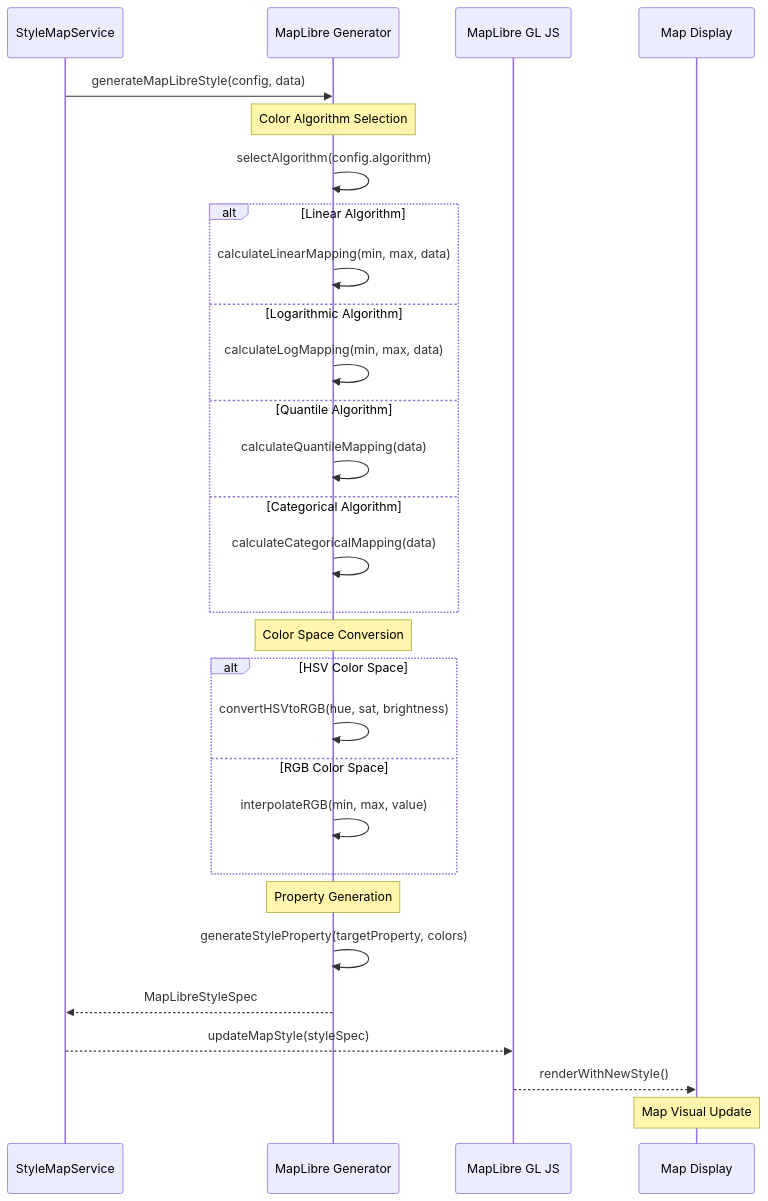
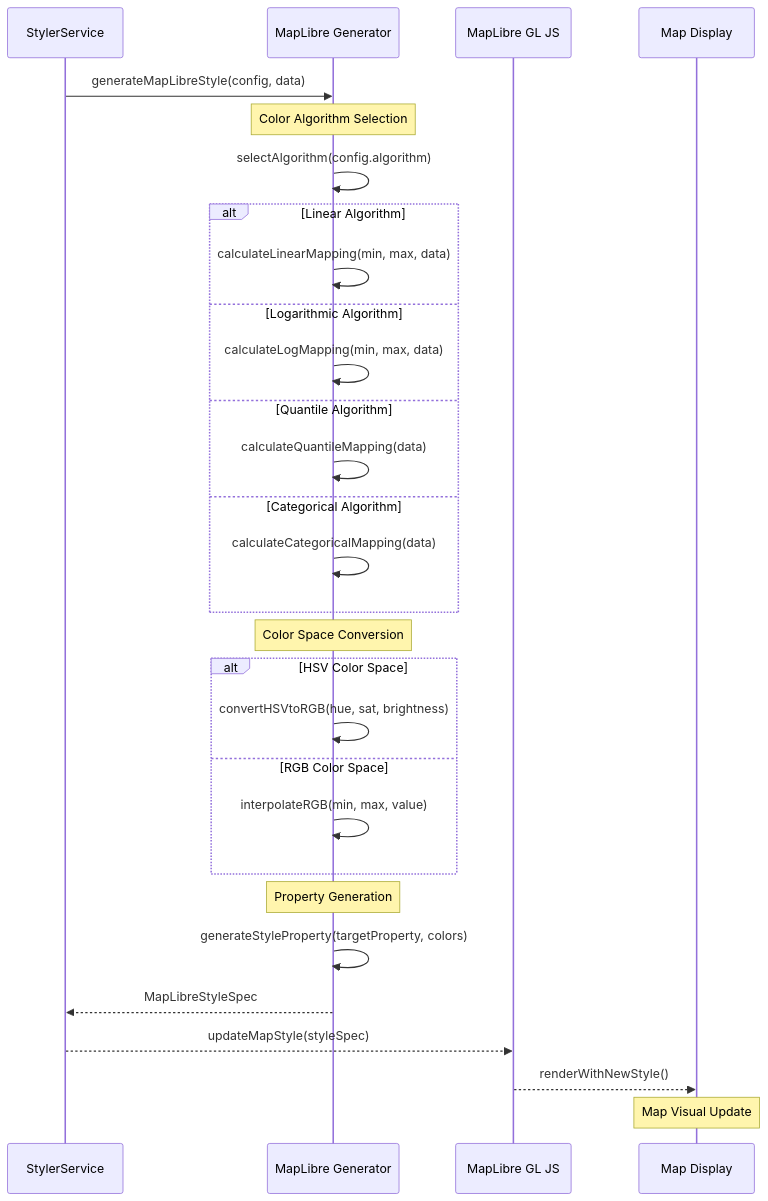
The eighth of 10 diagrams in docs/deprecated/REPORT/design/plugin-stylemap/dataflow.md (kubohiroya/hierarchidb), drawn with Mermaid before and after one commit. The commit also changed other lines of this file and 267 other files, not shown here.

````diff
--- a/docs/deprecated/REPORT/design/plugin-stylemap/dataflow.md
+++ b/docs/deprecated/REPORT/design/plugin-stylemap/dataflow.md
@@ -351,38 +351,38 @@
 ```mermaid
 sequenceDiagram
-    participant SM as StyleMapService
+    participant SM as StylerService
     participant MG as MapLibre Generator
     participant ML as MapLibre GL JS
     participant Map as Map Display
 
     SM->>MG: generateMapLibreStyle(config, data)
     
     Note over MG: Color Algorithm Selection
     MG->>MG: selectAlgorithm(config.algorithm)
     
     alt Linear Algorithm
         MG->>MG: calculateLinearMapping(min, max, data)
     else Logarithmic Algorithm
         MG->>MG: calculateLogMapping(min, max, data)
     else Quantile Algorithm
         MG->>MG: calculateQuantileMapping(data)
     else Categorical Algorithm
         MG->>MG: calculateCategoricalMapping(data)
     end
     
     Note over MG: Color Space Conversion
     alt HSV Color Space
         MG->>MG: convertHSVtoRGB(hue, sat, brightness)
     else RGB Color Space
         MG->>MG: interpolateRGB(min, max, value)
     end
     
     Note over MG: Property Generation
     MG->>MG: generateStyleProperty(targetProperty, colors)
     
     MG-->>SM: MapLibreStyleSpec
     SM-->>ML: updateMapStyle(styleSpec)
     ML-->>Map: renderWithNewStyle()
     
     Note over Map: Map Visual Update
 ```
````
